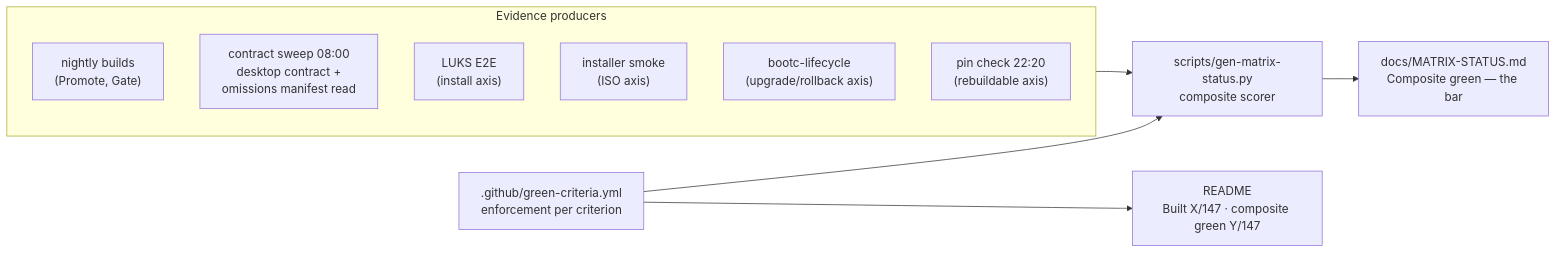
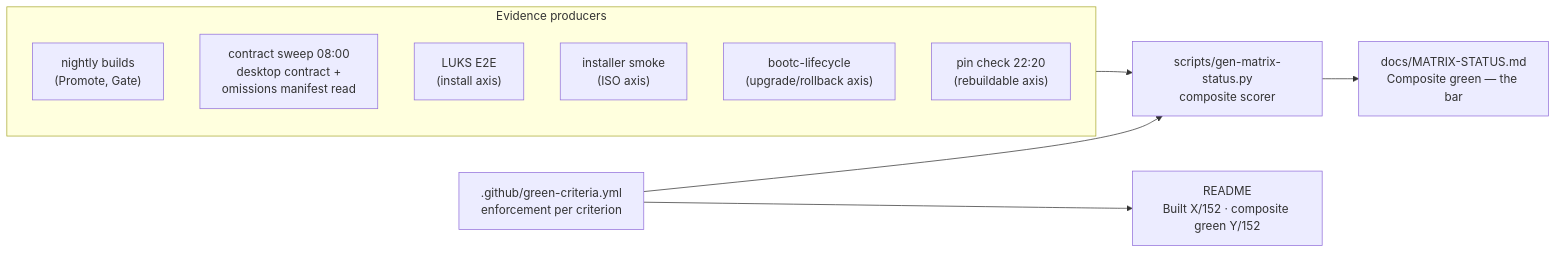
The fifth of 5 diagrams in docs/DEVELOPER-GUIDE.md (tuna-os/tunaOS), drawn with Mermaid before and after one commit. The commit also changed other lines of this file and 32 other files, not shown here.

````diff
--- a/docs/DEVELOPER-GUIDE.md
+++ b/docs/DEVELOPER-GUIDE.md
@@ -258,20 +258,20 @@
 ```mermaid
 flowchart LR
     subgraph evidence["Evidence producers"]
         BLD["nightly builds<br/>(Promote, Gate)"]
         SWEEP["contract sweep 08:00<br/>desktop contract +<br/>omissions manifest read"]
         LUKS["LUKS E2E<br/>(install axis)"]
         ISO["installer smoke<br/>(ISO axis)"]
         LC["bootc-lifecycle<br/>(upgrade/rollback axis)"]
         PIN["pin check 22:20<br/>(rebuildable axis)"]
     end
     CRIT[".github/green-criteria.yml<br/>enforcement per criterion"]
     GEN["scripts/gen-matrix-status.py<br/>composite scorer"]
     MS["docs/MATRIX-STATUS.md<br/>Composite green — the bar"]
-    RM["README<br/>Built X/147 · composite green Y/147"]
+    RM["README<br/>Built X/152 · composite green Y/152"]
 
     evidence --> GEN
     CRIT --> GEN
     GEN --> MS
     CRIT --> RM
 ```
````
